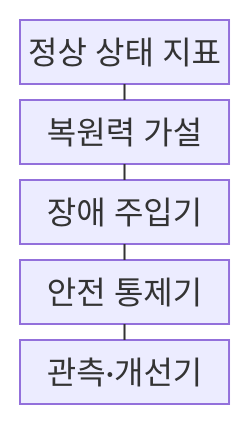
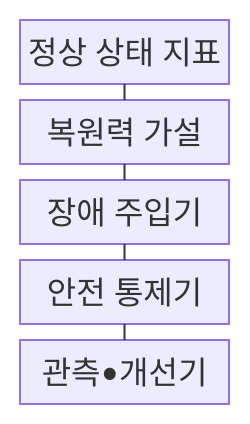
Before and after one commit to agnusdei1207/knowledge-base: the first of 2 diagrams in src/content/docs/notes/03-software/215_chaos_engineering.md, drawn with Mermaid. The commit also changed other lines of this file and 953 other files, not shown here.

````diff
--- a/src/content/docs/notes/03-software/215_chaos_engineering.md
+++ b/src/content/docs/notes/03-software/215_chaos_engineering.md
@@ -69,13 +69,13 @@
 ```mermaid
 block-beta
     columns 1
     A["정상 상태 지표"]
     B["복원력 가설"]
     C["장애 주입기"]
     D["안전 통제기"]
-    E["관측·개선기"]
+    E["관측•개선기"]
     A --- B
     B --- C
     C --- D
     D --- E
 ```
````
